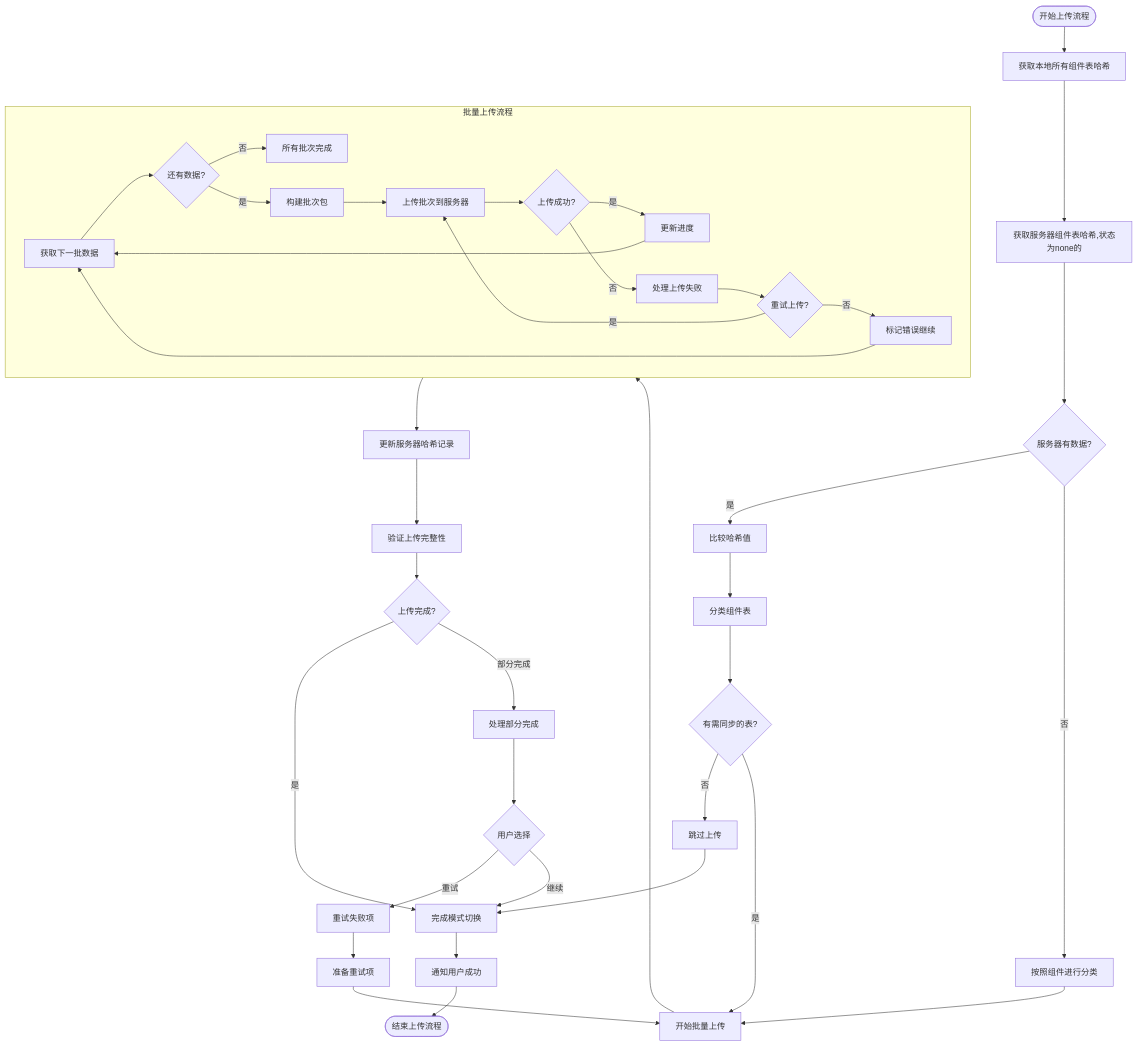
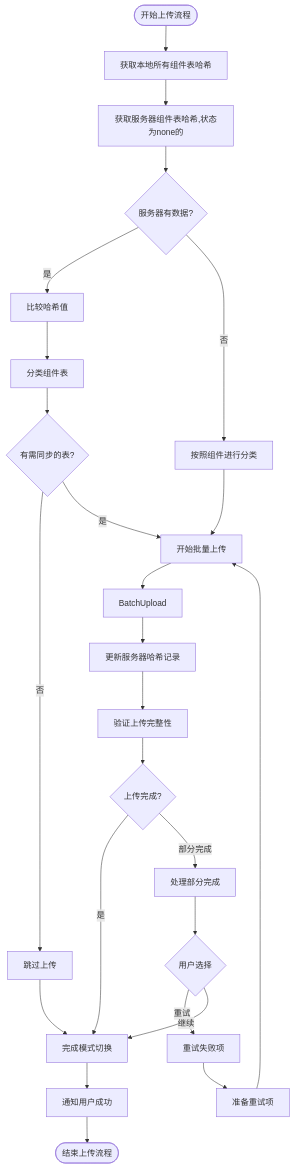
The diagram in all/未命名-50.md (yingjianzh/iodraw-files), drawn with Mermaid before and after one commit.

Commit message:
2025-05-08 17:13:46 update

````diff
--- a/all/未命名-50.md
+++ b/all/未命名-50.md
@@ -1,53 +1,40 @@
 ```mermaid
 flowchart TD
     Start([开始上传流程]) --> CollectLocalHashes[获取本地所有组件表哈希]
     CollectLocalHashes --> FetchServerHashes[获取服务器组件表哈希,状态为none的]
     
     FetchServerHashes --> ServerHasData{服务器有数据?}
     
     ServerHasData -->|是| CompareHashes[比较哈希值]
     ServerHasData -->|否| ClassifyTables2[按照组件进行分类]
     ClassifyTables2 --> StartBatching[开始批量上传]
     
     CompareHashes --> ClassifyTables[分类组件表]
     ClassifyTables --> HasChanges{有需同步的表?}
     
     HasChanges -->|否| SkipUpload[跳过上传]
     HasChanges -->|是| StartBatching
     
-    subgraph BatchUpload [批量上传流程]
-        B1[获取下一批数据] --> B2{还有数据?}
-        B2 -->|否| BatchesComplete[所有批次完成]
-        B2 -->|是| B3[构建批次包]
-        B3 --> B4[上传批次到服务器]
-        B4 --> B5{上传成功?}
-        B5 -->|是| B6[更新进度]
-        B5 -->|否| B7[处理上传失败]
-        B7 --> B8{重试上传?}
-        B8 -->|是| B4
-        B8 -->|否| B9[标记错误继续]
-        B6 --> B1
-        B9 --> B1
-    end
+    
     
     StartBatching --> BatchUpload
     
     BatchUpload --> UpdateServerHashes[更新服务器哈希记录]
     UpdateServerHashes --> VerifyUpload[验证上传完整性]
     
     VerifyUpload --> UploadComplete{上传完成?}
     UploadComplete -->|是| FinalizeMode[完成模式切换]
     UploadComplete -->|部分完成| HandlePartial[处理部分完成]
     
     HandlePartial --> UserChoice{用户选择}
     UserChoice -->|重试| RetryFailed[重试失败项]
     UserChoice -->|继续| FinalizeMode
     
     RetryFailed --> PrepareRetry[准备重试项]
     PrepareRetry --> StartBatching
     
     FinalizeMode --> NotifySuccess[通知用户成功]
     NotifySuccess --> End([结束上传流程])
     
     SkipUpload --> FinalizeMode
 ```
````
